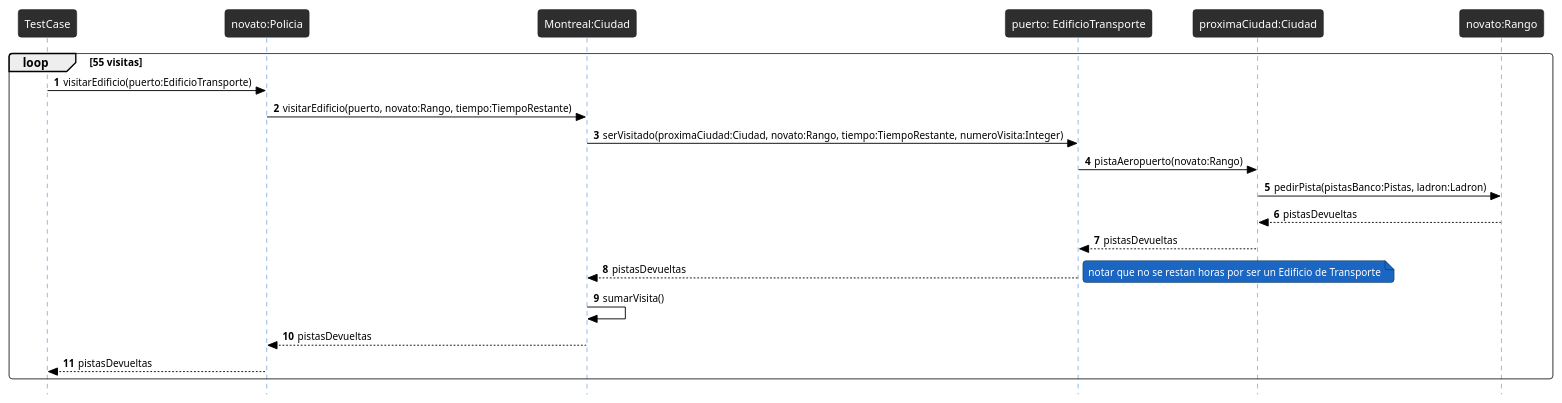
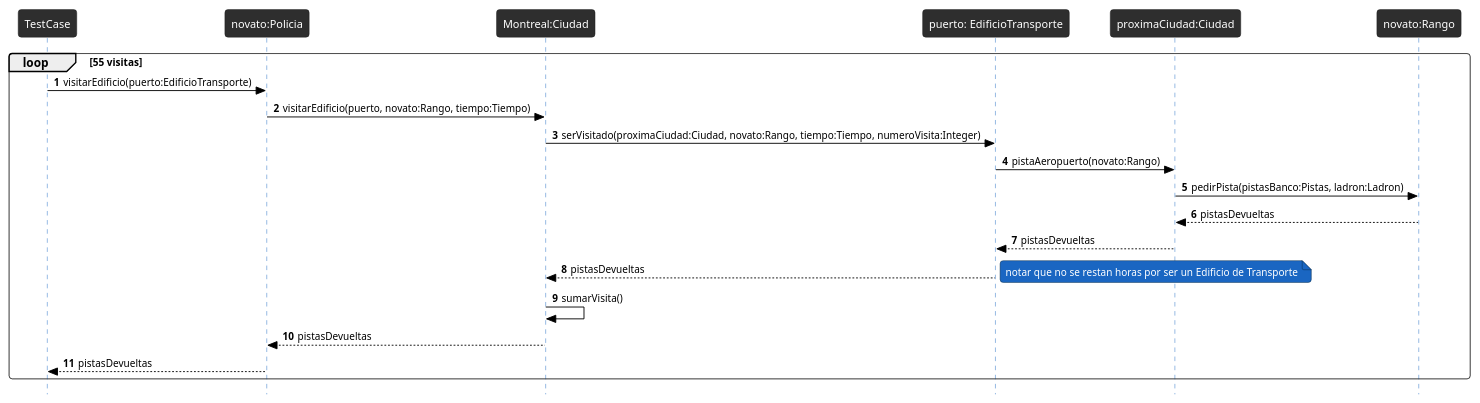
Before and after one commit to avilagaston9/algo3_tp2: the diagram in docs/Diagramas/Secuencia/caso1-4-2.plantuml, drawn with PlantUML. The commit also changed 7 other files, not shown here.

```diff
--- a/docs/Diagramas/Secuencia/caso1-4-2.plantuml
+++ b/docs/Diagramas/Secuencia/caso1-4-2.plantuml
@@ -1,34 +1,34 @@
 @startuml
 
 !theme reddress-darkblue
 autonumber
 skinparam style strictuml
 skinparam BackGroundColor white
 skinparam RoundCorner 7
 skinparam SequenceGroupFontColor black
 skinparam SequenceGroupBorderColor black
 skinparam SequenceGroupBorderThickness 0.5
 skinparam ArrowFontColor black
 skinparam ArrowColor black
 skinparam ActorFontColor black
 skinparam participantFontSize 12
 skinparam SequenceLifeLineBackGroundColor 2e2e2e
 loop 55 visitas
 TestCase -> "novato:Policia" as policia: visitarEdificio(puerto:EdificioTransporte)
 
-policia -> "Montreal:Ciudad" as montreal : visitarEdificio(puerto, novato:Rango, tiempo:TiempoRestante)
+policia -> "Montreal:Ciudad" as montreal : visitarEdificio(puerto, novato:Rango, tiempo:Tiempo)
 
-montreal ->"puerto: EdificioTransporte" as edificio: serVisitado(proximaCiudad:Ciudad, novato:Rango, tiempo:TiempoRestante, numeroVisita:Integer)
+montreal ->"puerto: EdificioTransporte" as edificio: serVisitado(proximaCiudad:Ciudad, novato:Rango, tiempo:Tiempo, numeroVisita:Integer)
 edificio -> "proximaCiudad:Ciudad" as proximaCiudad : pistaAeropuerto(novato:Rango)
 proximaCiudad -> "novato:Rango" as rango : pedirPista(pistasBanco:Pistas, ladron:Ladron)
 rango --> proximaCiudad: pistasDevueltas
 proximaCiudad -->edificio : pistasDevueltas
 
 montreal <-- edificio: pistasDevueltas
 note right: notar que no se restan horas por ser un Edificio de Transporte
 montreal -> montreal : sumarVisita()
 policia <-- montreal: pistasDevueltas
 policia --> TestCase: pistasDevueltas
 end
 
 @enduml
```
